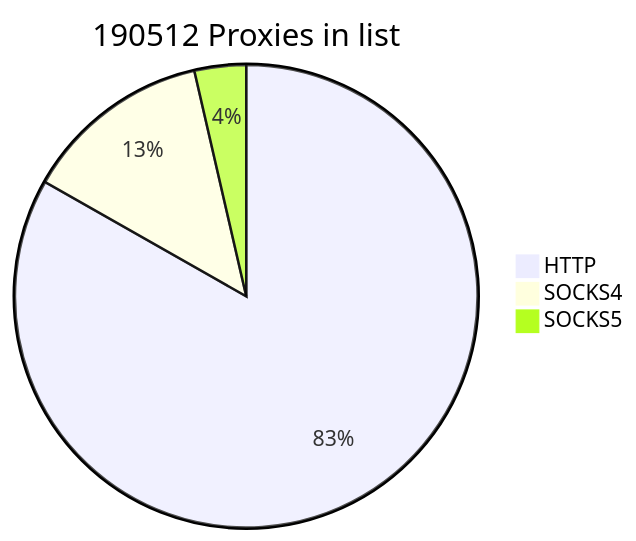
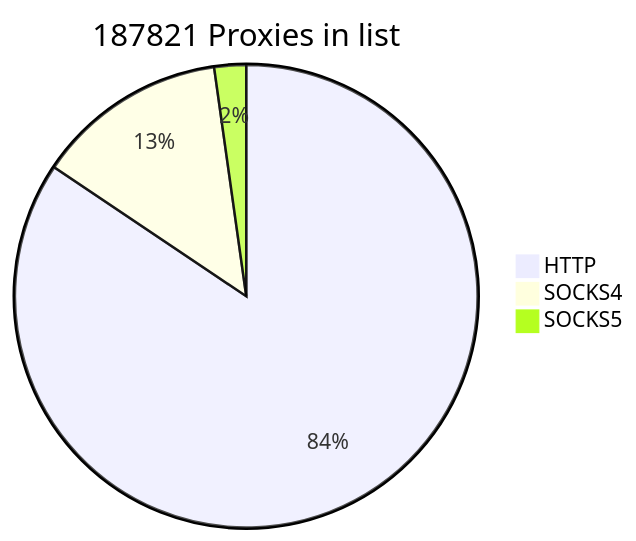
Before and after one commit to cutipu/proxylist: the first of 2 diagrams in README.md, drawn with Mermaid. The commit also changed other lines of this file, not shown here.

````diff
--- a/README.md
+++ b/README.md
@@ -2,7 +2,7 @@
 ```mermaid
-pie title 190512 Proxies in list
+pie title 187821 Proxies in list
     "HTTP" : 158546
-    "SOCKS4" : 25102
-    "SOCKS5" : 6864
+    "SOCKS4" : 25101
+    "SOCKS5" : 4174
             
 ```
````
